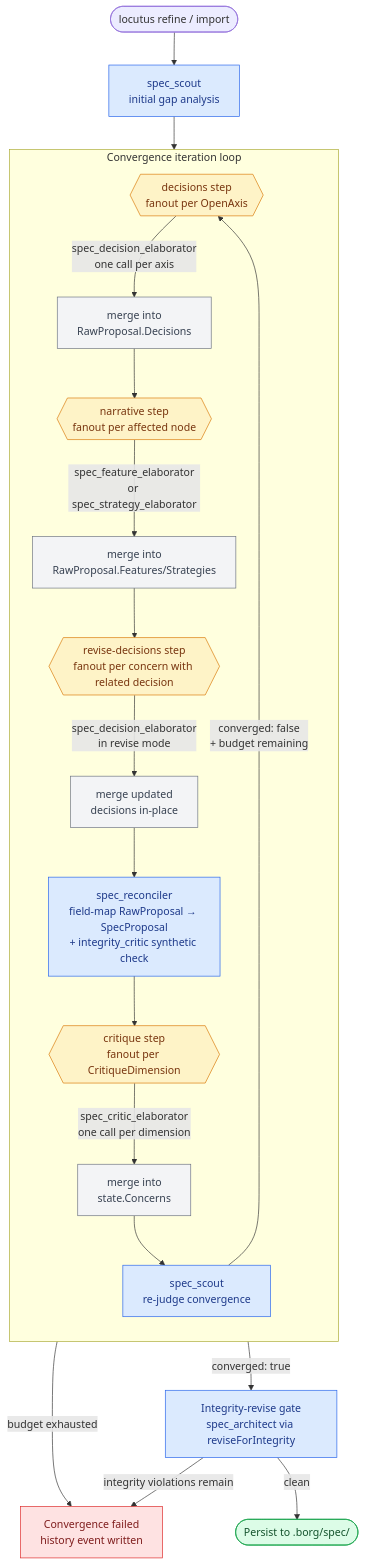
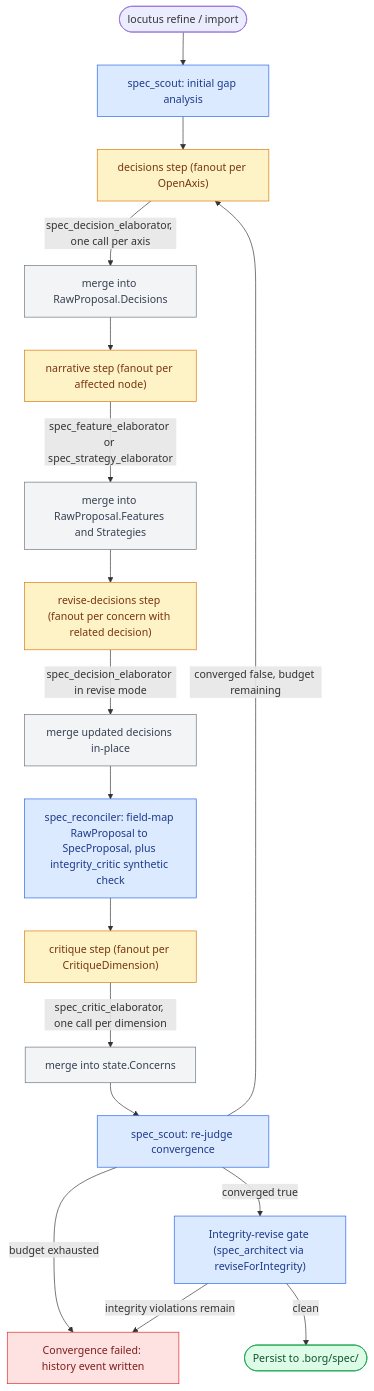
One commit to glorious-beard/locutus changed the diagram in docs/council.md. Above: the diagram before and after it, drawn with Mermaid.

First paragraph of the commit message:
docs(council): rewrite Mermaid diagram for VS Code preview compatibility
VS Code's Markdown preview ships an older Mermaid version than the
Mermaid Playground; the prior diagram failed to render in VS Code
because of three incompatible constructs:

````diff
--- a/docs/council.md
+++ b/docs/council.md
@@ -21,49 +21,37 @@
 ```mermaid
-flowchart TD
-    Start([locutus refine / import]) --> Scout0[spec_scout<br/>initial gap analysis]
-    Scout0 --> Decisions
+graph TD
+    Start(["locutus refine / import"]) --> Scout0["spec_scout: initial gap analysis"]
+    Scout0 --> Decisions["decisions step (fanout per OpenAxis)"]
 
-    subgraph iter [Convergence iteration loop]
-        direction TB
-        Decisions{{decisions step<br/>fanout per OpenAxis}}
-        Decisions -->|spec_decision_elaborator<br/>one call per axis| DecisionsDone[merge into<br/>RawProposal.Decisions]
-        DecisionsDone --> Narrative
+    Decisions -- "spec_decision_elaborator, one call per axis" --> DecisionsDone["merge into RawProposal.Decisions"]
+    DecisionsDone --> Narrative["narrative step (fanout per affected node)"]
 
-        Narrative{{narrative step<br/>fanout per affected node}}
-        Narrative -->|spec_feature_elaborator<br/>or spec_strategy_elaborator| NarrativeDone[merge into<br/>RawProposal.Features/Strategies]
-        NarrativeDone --> Revise
+    Narrative -- "spec_feature_elaborator or spec_strategy_elaborator" --> NarrativeDone["merge into RawProposal.Features and Strategies"]
+    NarrativeDone --> Revise["revise-decisions step (fanout per concern with related decision)"]
 
-        Revise{{revise-decisions step<br/>fanout per concern with related decision}}
-        Revise -->|spec_decision_elaborator<br/>in revise mode| ReviseDone[merge updated<br/>decisions in-place]
-        ReviseDone --> Reconcile
+    Revise -- "spec_decision_elaborator in revise mode" --> ReviseDone["merge updated decisions in-place"]
+    ReviseDone --> Reconcile["spec_reconciler: field-map RawProposal to SpecProposal, plus integrity_critic synthetic check"]
 
-        Reconcile[spec_reconciler<br/>field-map RawProposal → SpecProposal<br/>+ integrity_critic synthetic check]
-        Reconcile --> Critique
+    Reconcile --> Critique["critique step (fanout per CritiqueDimension)"]
+    Critique -- "spec_critic_elaborator, one call per dimension" --> CritiqueDone["merge into state.Concerns"]
+    CritiqueDone --> ScoutTail["spec_scout: re-judge convergence"]
 
-        Critique{{critique step<br/>fanout per CritiqueDimension}}
-        Critique -->|spec_critic_elaborator<br/>one call per dimension| CritiqueDone[merge into<br/>state.Concerns]
-        CritiqueDone --> ScoutTail
+    ScoutTail -- "converged false, budget remaining" --> Decisions
+    ScoutTail -- "converged true" --> Persist["Integrity-revise gate (spec_architect via reviseForIntegrity)"]
+    ScoutTail -- "budget exhausted" --> Failed["Convergence failed: history event written"]
 
-        ScoutTail[spec_scout<br/>re-judge convergence]
-    end
-
-    ScoutTail -->|converged: false<br/>+ budget remaining| Decisions
-    ScoutTail -->|converged: true| Persist
-    ScoutTail -->|budget exhausted| Failed
-
-    Persist[Integrity-revise gate<br/>spec_architect via reviseForIntegrity]
-    Persist -->|integrity violations remain| Failed[Convergence failed<br/>history event written]
-    Persist -->|clean| Done([Persist to .borg/spec/])
+    Persist -- "integrity violations remain" --> Failed
+    Persist -- "clean" --> Done(["Persist to .borg/spec/"])
 
     classDef agent fill:#dbeafe,stroke:#2563eb,color:#1e3a8a
     classDef fanout fill:#fef3c7,stroke:#d97706,color:#78350f
     classDef merge fill:#f3f4f6,stroke:#6b7280,color:#374151
     classDef terminal fill:#fee2e2,stroke:#dc2626,color:#7f1d1d
     classDef done fill:#dcfce7,stroke:#16a34a,color:#14532d
 
     class Scout0,Reconcile,ScoutTail,Persist agent
     class Decisions,Narrative,Revise,Critique fanout
     class DecisionsDone,NarrativeDone,ReviseDone,CritiqueDone merge
     class Failed terminal
     class Done done
 ```
````
